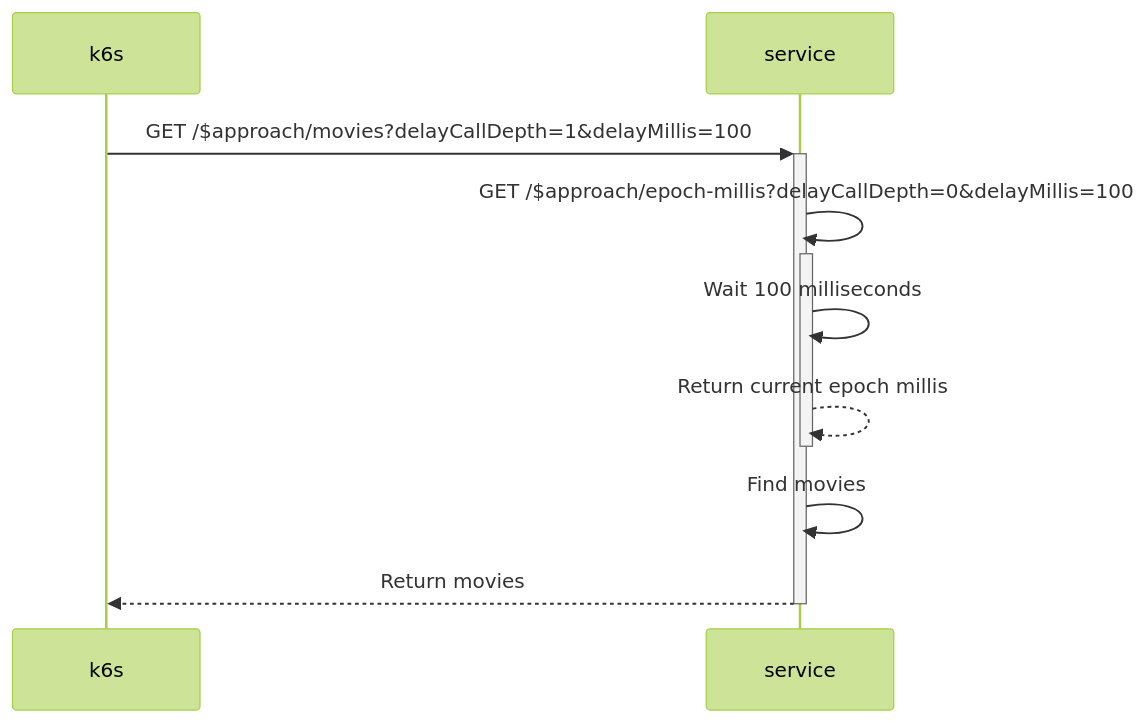
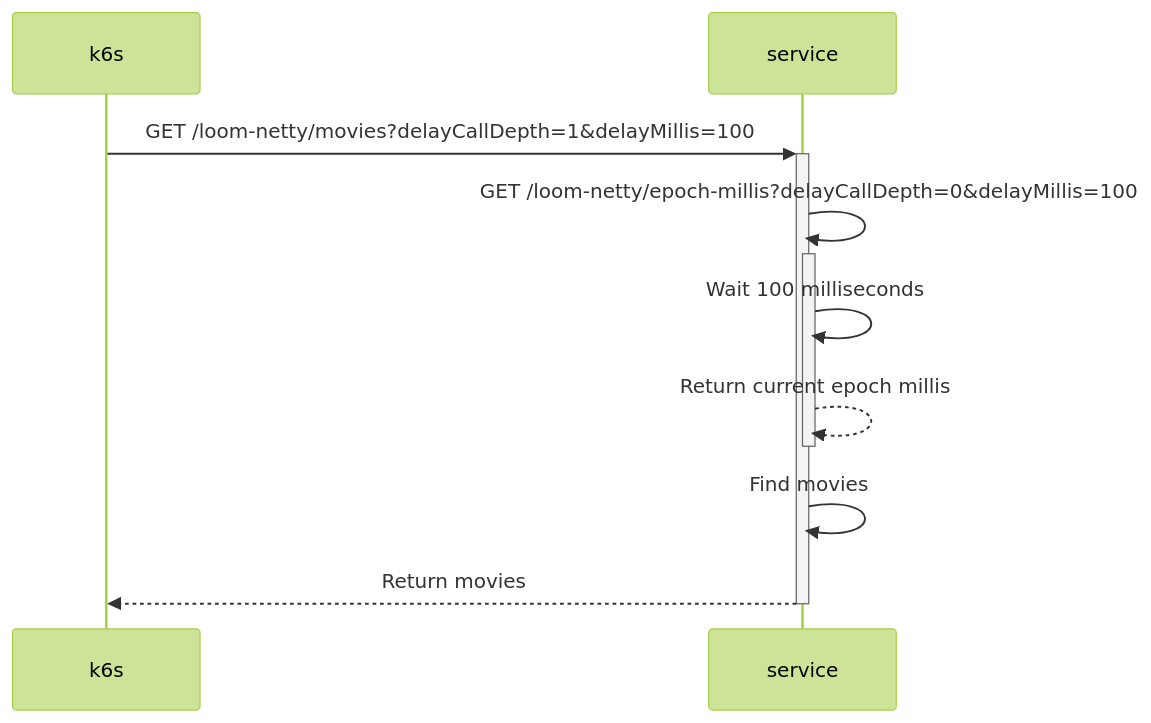
One commit to chrisgleissner/loom-webflux-benchmarks changed the diagram in README.md. Above: the diagram before and after it, drawn with Mermaid (forest theme). The commit also changed other lines of this file, not shown here.

Commit message:
Extended docs

````diff
--- a/README.md
+++ b/README.md
@@ -67,11 +67,11 @@
 ```mermaid
 sequenceDiagram
     participant k6s
     participant service
-    k6s->>+service: GET /$approach/movies?delayCallDepth=1&delayMillis=100
-    service->>+service: GET /$approach/epoch-millis?delayCallDepth=0&delayMillis=100
+    k6s->>+service: GET /loom-netty/movies?delayCallDepth=1&delayMillis=100
+    service->>+service: GET /loom-netty/epoch-millis?delayCallDepth=0&delayMillis=100
     service->>service: Wait 100 milliseconds
     service-->>-service: Return current epoch millis
     service->>service: Find movies
     service-->>-k6s: Return movies
 ```
````
